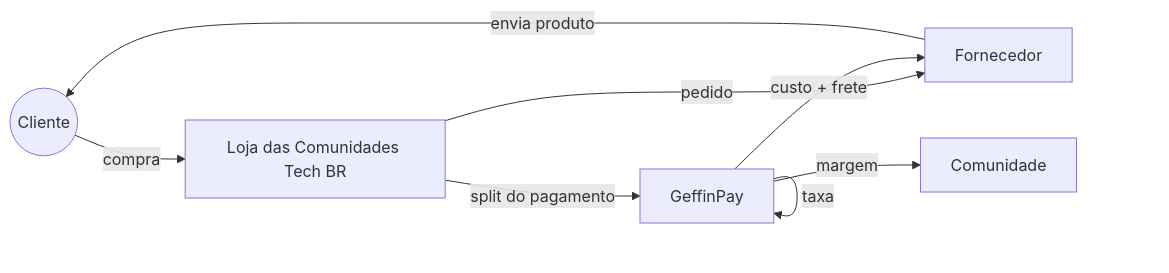
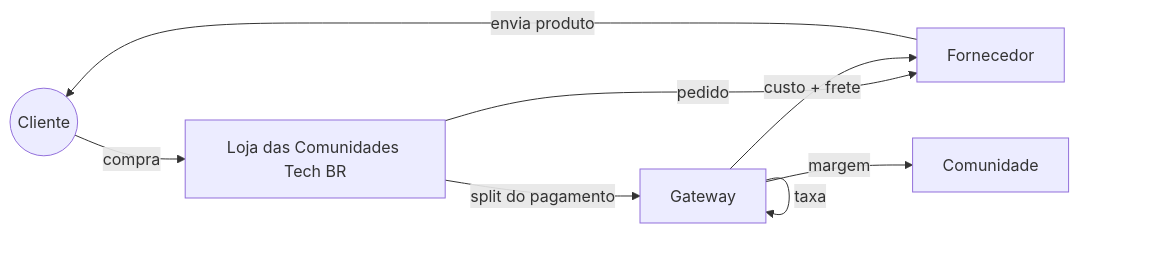
One commit to BdsOliveira/loja-tech-brasil changed the second of 29 diagrams in modelo-de-negocios.md. Above: the diagram before and after it, drawn with Mermaid. The commit also changed other lines of this file, not shown here.

Commit message:
docs: substitui marca do gateway de pagamento por termo genérico

````diff
--- a/modelo-de-negocios.md
+++ b/modelo-de-negocios.md
@@ -99,10 +99,10 @@
 ```mermaid
 flowchart LR
     C((Cliente)) -->|compra| L[Loja das Comunidades Tech BR]
     L -->|pedido| F[Fornecedor]
     F -->|envia produto| C
-    L -->|split do pagamento| G[GeffinPay]
+    L -->|split do pagamento| G[Gateway]
     G -->|custo + frete| F
     G -->|margem| COM[Comunidade]
     G -->|taxa| G
 ```
````
